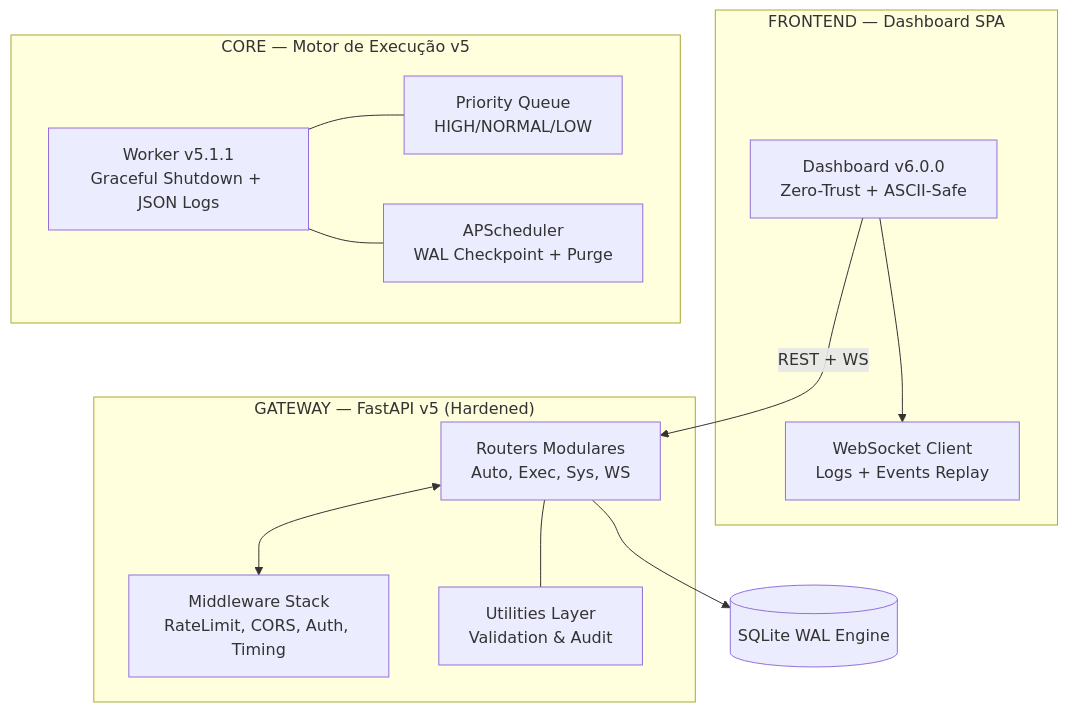
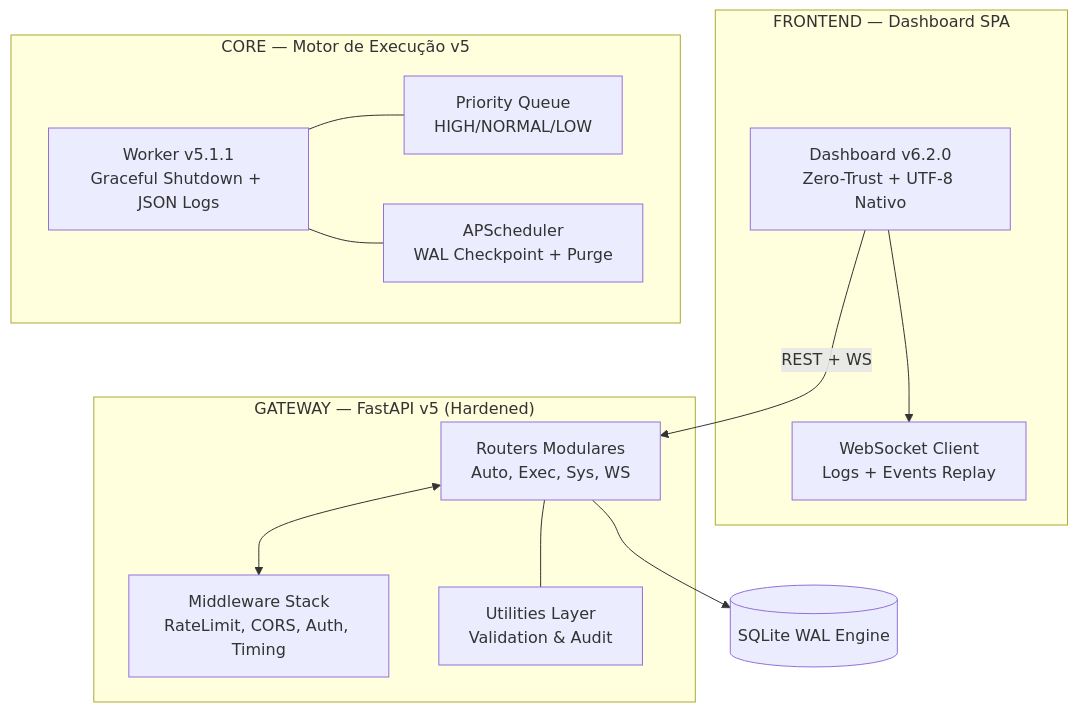
Before and after one commit to GabrielDiasNN/Automacoes-CR: the diagram in README.md, drawn with Mermaid. The commit also changed other lines of this file and 4 other files, not shown here.

````diff
--- a/README.md
+++ b/README.md
@@ -7,27 +7,27 @@
 ```mermaid
 graph TD
     subgraph "FRONTEND — Dashboard SPA"
-        UI["Dashboard v6.0.0<br/>Zero-Trust + ASCII-Safe"]
+        UI["Dashboard v6.2.0<br/>Zero-Trust + UTF-8 Nativo"]
         WS_CLIENT["WebSocket Client<br/>Logs + Events Replay"]
         UI --> WS_CLIENT
     end
 
     subgraph "GATEWAY — FastAPI v5 (Hardened)"
         ROUTERS["Routers Modulares<br/>Auto, Exec, Sys, WS"]
         MIDDLEWARE["Middleware Stack<br/>RateLimit, CORS, Auth, Timing"]
         UTILS["Utilities Layer<br/>Validation & Audit"]
         ROUTERS <--> MIDDLEWARE
         ROUTERS --- UTILS
     end
 
     subgraph "CORE — Motor de Execução v5"
         WORKER["Worker v5.1.1<br/>Graceful Shutdown + JSON Logs"]
         PRIORITY["Priority Queue<br/>HIGH/NORMAL/LOW"]
         SCHEDULER["APScheduler<br/>WAL Checkpoint + Purge"]
         WORKER --- PRIORITY
         WORKER --- SCHEDULER
     end
 
     UI -->|REST + WS| ROUTERS
     ROUTERS --> DB[(SQLite WAL Engine)]
 ```
````
